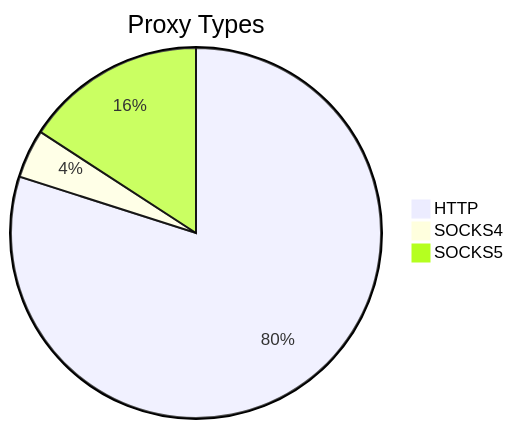
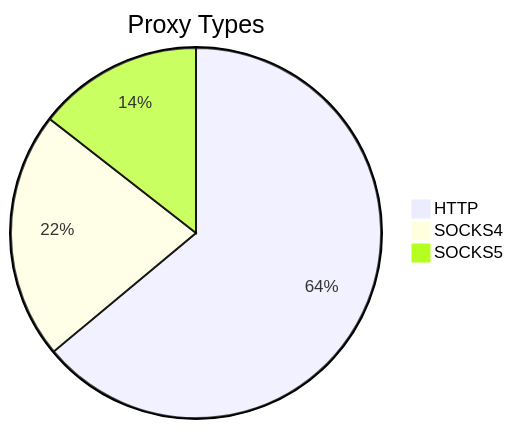
Before and after one commit to stormsia/proxy-list: the first of 2 diagrams in README.md, drawn with Mermaid. The commit also changed other lines of this file, not shown here.

````diff
--- a/README.md
+++ b/README.md
@@ -21,6 +21,6 @@
 ```mermaid
 pie title Proxy Types
-    "HTTP" : 207
-    "SOCKS4" : 11
-    "SOCKS5" : 41
+    "HTTP" : 376
+    "SOCKS4" : 127
+    "SOCKS5" : 85
 ```
````
